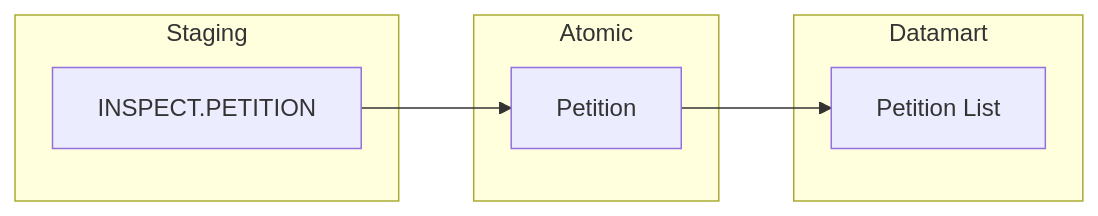
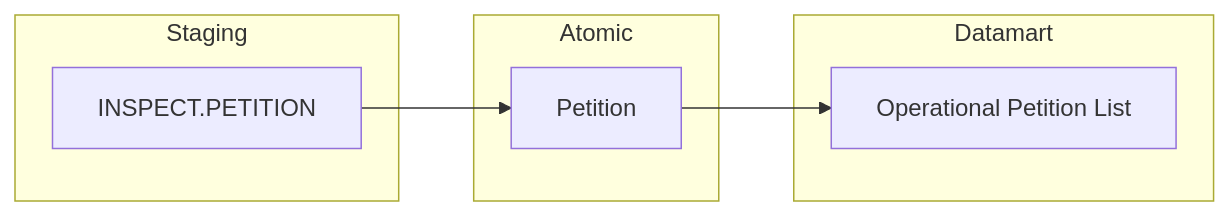
One commit to linhlvit/ubck_atomic_design changed diagram 11 of 50 in Datamart/hld/DTM_TT_HLD.md. Above: the diagram before and after it, drawn with Mermaid. The commit also changed other lines of this file and 26 other files, not shown here.

````diff
--- a/Datamart/hld/DTM_TT_HLD.md
+++ b/Datamart/hld/DTM_TT_HLD.md
@@ -371,17 +379,17 @@
 ```mermaid
 flowchart LR
     subgraph SRC["Staging"]
         S1["INSPECT.PETITION"]
     end
 
     subgraph SIL["Atomic"]
         SV1["Petition"]
     end
 
     subgraph GOLD["Datamart"]
-        G1["Petition List"]
+        G1["Operational Petition List"]
     end
 
     S1 --> SV1
     SV1 --> G1
 ```
````
